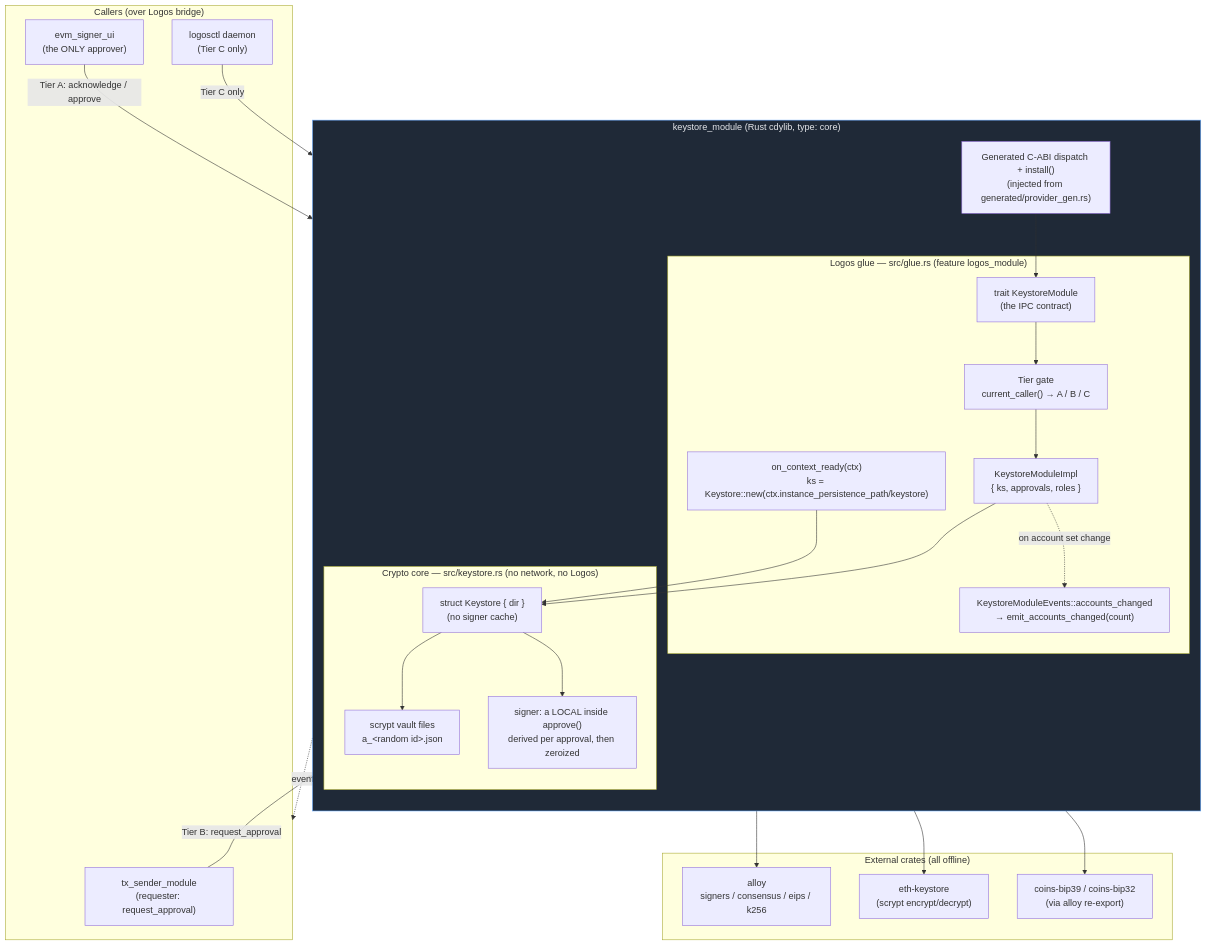
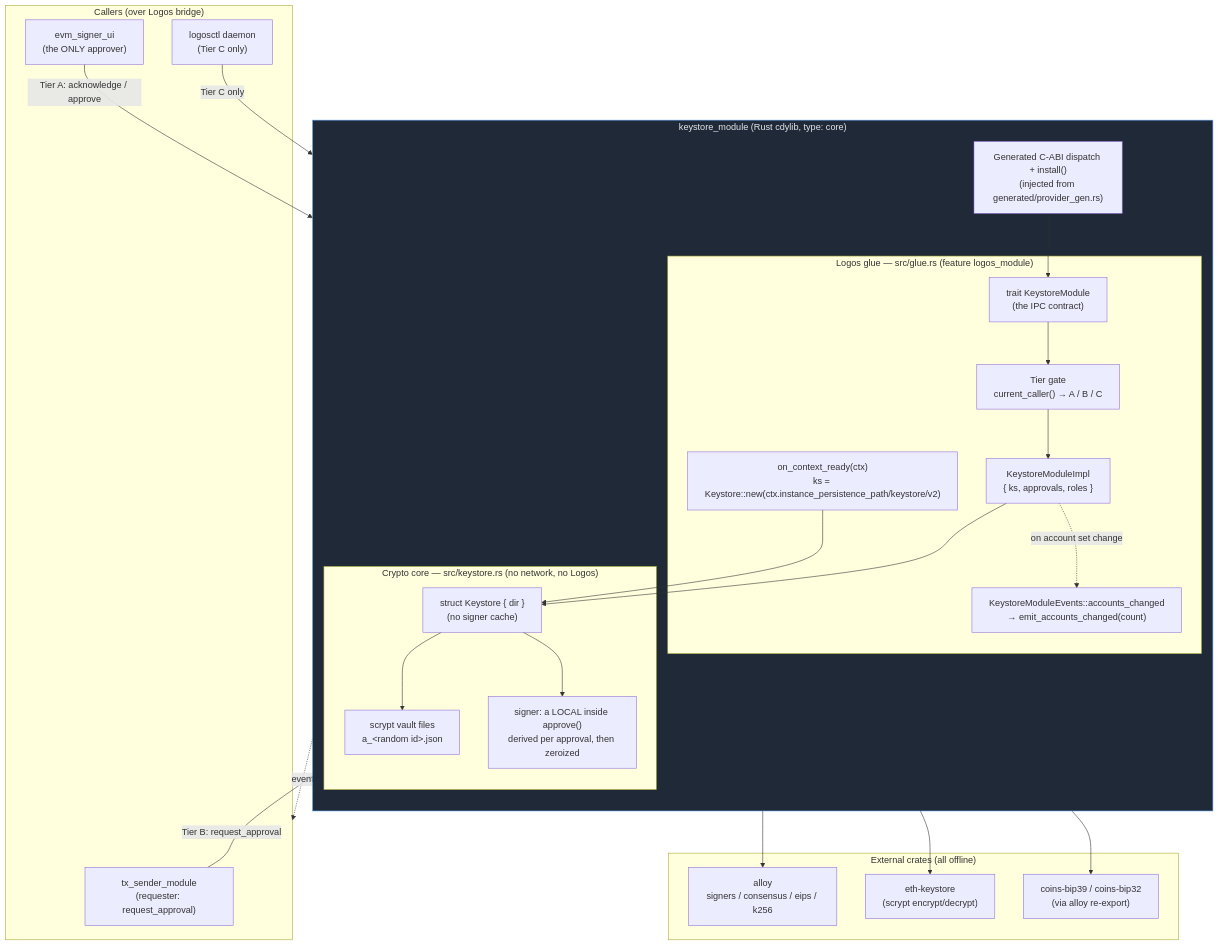
One commit to logos-co/logos-evm-keystore-module changed the first of 2 diagrams in docs/specs.md. Above: the diagram before and after it, drawn with Mermaid. The commit also changed other lines of this file and 9 other files, not shown here.

````diff
--- a/docs/specs.md
+++ b/docs/specs.md
@@ -66,50 +66,50 @@
 ```mermaid
 flowchart TB
     subgraph Callers["Callers (over Logos bridge)"]
         BE["tx_sender_module<br/>(requester: request_approval)"]
         SU["evm_signer_ui<br/>(the ONLY approver)"]
         LC["logosctl daemon<br/>(Tier C only)"]
     end
 
     subgraph Module["keystore_module (Rust cdylib, type: core)"]
         direction TB
         DISP["Generated C-ABI dispatch + install()<br/>(injected from generated/provider_gen.rs)"]
         subgraph Glue["Logos glue — src/glue.rs (feature logos_module)"]
             TRAIT["trait KeystoreModule<br/>(the IPC contract)"]
             IMPL["KeystoreModuleImpl<br/>{ ks, approvals, roles }"]
             GATE["Tier gate<br/>current_caller() → A / B / C"]
             EV["KeystoreModuleEvents::accounts_changed<br/>→ emit_accounts_changed(count)"]
-            CTX["on_context_ready(ctx)<br/>ks = Keystore::new(ctx.instance_persistence_path/keystore)"]
+            CTX["on_context_ready(ctx)<br/>ks = Keystore::new(ctx.instance_persistence_path/keystore/v2)"]
         end
         subgraph Core["Crypto core — src/keystore.rs (no network, no Logos)"]
             KS["struct Keystore { dir }<br/>(no signer cache)"]
             VAULTS["scrypt vault files<br/>a_&lt;random id&gt;.json"]
             MEM["signer: a LOCAL inside approve()<br/>derived per approval, then zeroized"]
         end
     end
 
     subgraph Deps["External crates (all offline)"]
         ALLOY["alloy<br/>signers / consensus / eips / k256"]
         ETHKS["eth-keystore<br/>(scrypt encrypt/decrypt)"]
         BIP39["coins-bip39 / coins-bip32<br/>(via alloy re-export)"]
     end
 
     BE -->|Tier B: request_approval| DISP
     SU -->|Tier A: acknowledge / approve| DISP
     LC -->|Tier C only| DISP
     DISP --> TRAIT
     TRAIT --> GATE
     GATE --> IMPL
     IMPL --> KS
     IMPL -.->|on account set change| EV
     EV -.->|event| Callers
     CTX --> KS
     KS --> VAULTS
     KS --> MEM
     KS --> ALLOY
     KS --> ETHKS
     KS --> BIP39
 
     classDef boundary fill:#1f2937,stroke:#60a5fa,color:#e5e7eb;
     class Module boundary;
 ```
````
